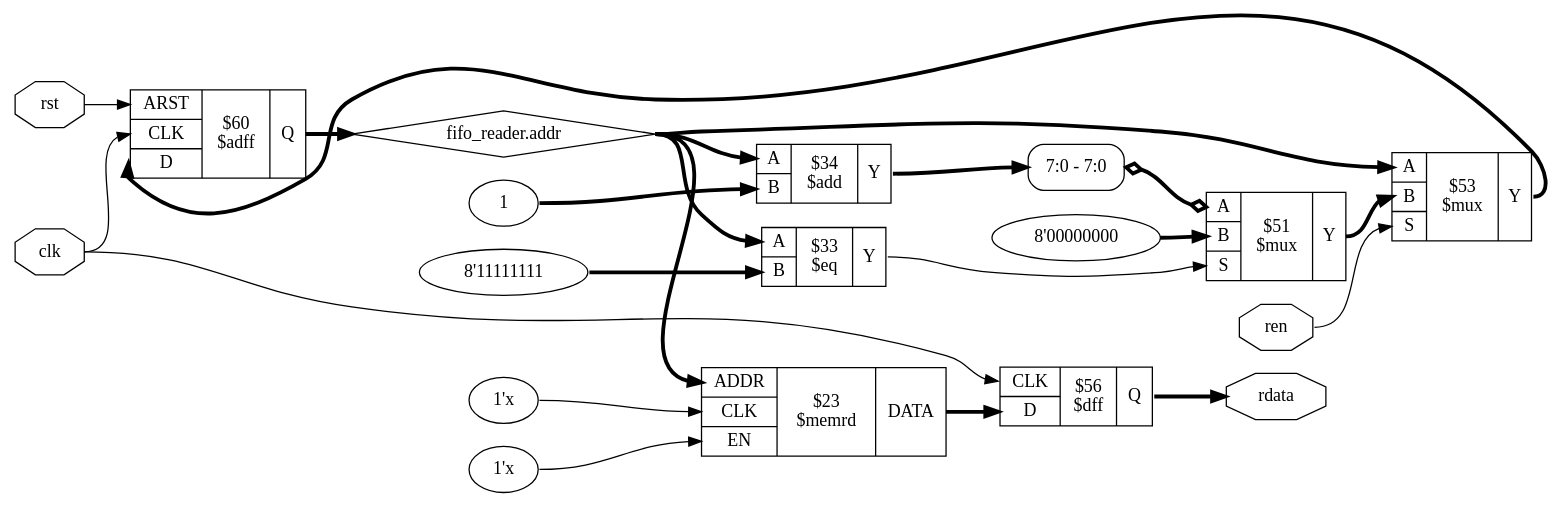
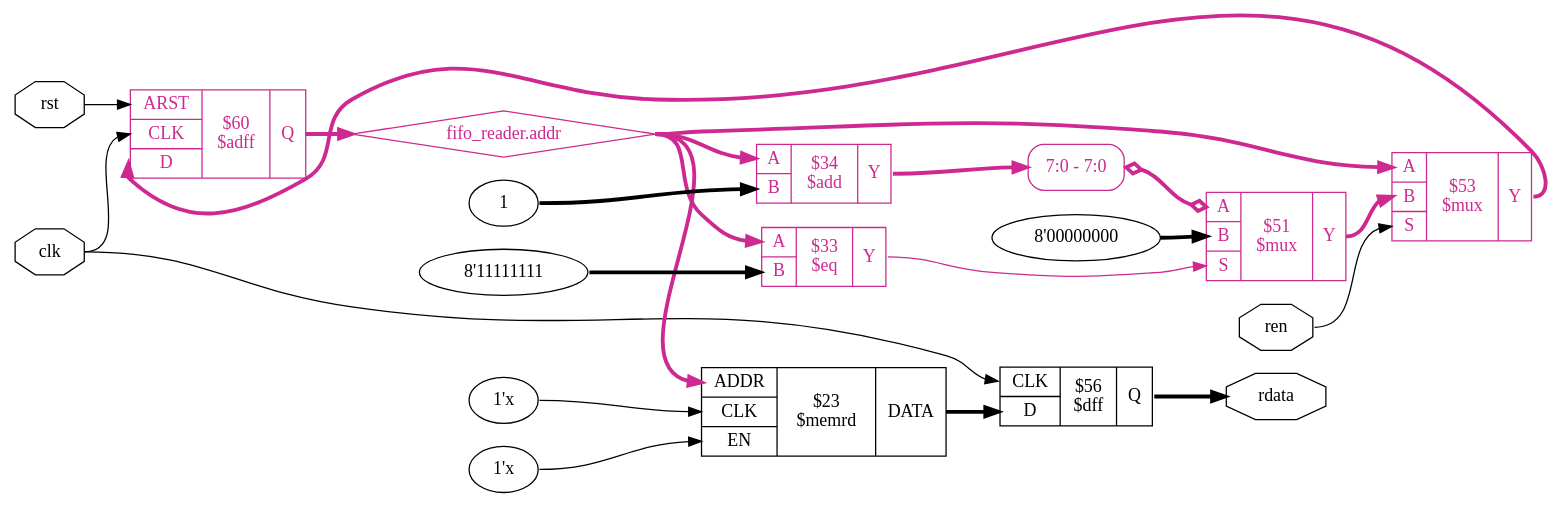
The diagram in source/_images/code_examples/fifo/rdata_flat.dot (YosysHQ-Docs/yosys-cmd-ref), drawn with Graphviz before and after one commit. The commit also changed 54 other files, not shown here.

```diff
--- a/source/_images/code_examples/fifo/rdata_flat.dot
+++ b/source/_images/code_examples/fifo/rdata_flat.dot
@@ -1,43 +1,43 @@
 digraph "fifo" {
 rankdir="LR";
 remincross=true;
 n6 [ shape=octagon, label="clk", color="black", fontcolor="black" ];
-n7 [ shape=diamond, label="fifo_reader.addr", color="black", fontcolor="black" ];
+n7 [ shape=diamond, label="fifo_reader.addr", color="maroon3", fontcolor="maroon3" ];
 n8 [ shape=octagon, label="rdata", color="black", fontcolor="black" ];
 n9 [ shape=octagon, label="ren", color="black", fontcolor="black" ];
 n10 [ shape=octagon, label="rst", color="black", fontcolor="black" ];
 v0 [ label="1" ];
-c14 [ shape=record, label="{{<p11> A|<p12> B}|$34\n$add|{<p13> Y}}",  ];
+c14 [ shape=record, label="{{<p11> A|<p12> B}|$34\n$add|{<p13> Y}}", color="maroon3", fontcolor="maroon3" ];
 v1 [ label="8'11111111" ];
-c15 [ shape=record, label="{{<p11> A|<p12> B}|$33\n$eq|{<p13> Y}}",  ];
-c20 [ shape=record, label="{{<p16> ARST|<p17> CLK|<p18> D}|$60\n$adff|{<p19> Q}}",  ];
+c15 [ shape=record, label="{{<p11> A|<p12> B}|$33\n$eq|{<p13> Y}}", color="maroon3", fontcolor="maroon3" ];
+c20 [ shape=record, label="{{<p16> ARST|<p17> CLK|<p18> D}|$60\n$adff|{<p19> Q}}", color="maroon3", fontcolor="maroon3" ];
 v3 [ label="8'00000000" ];
-c22 [ shape=record, label="{{<p11> A|<p12> B|<p21> S}|$51\n$mux|{<p13> Y}}",  ];
-x2 [ shape=record, style=rounded, label="<s0> 7:0 - 7:0 ", color="black", fontcolor="black" ];
-x2:e -> c22:p11:w [arrowhead=odiamond, arrowtail=odiamond, dir=both, color="black", fontcolor="black", style="setlinewidth(3)", label=""];
-c23 [ shape=record, label="{{<p11> A|<p12> B|<p21> S}|$53\n$mux|{<p13> Y}}",  ];
+c22 [ shape=record, label="{{<p11> A|<p12> B|<p21> S}|$51\n$mux|{<p13> Y}}", color="maroon3", fontcolor="maroon3" ];
+x2 [ shape=record, style=rounded, label="<s0> 7:0 - 7:0 ", color="maroon3", fontcolor="maroon3" ];
+x2:e -> c22:p11:w [arrowhead=odiamond, arrowtail=odiamond, dir=both, color="maroon3", fontcolor="maroon3", style="setlinewidth(3)", label=""];
+c23 [ shape=record, label="{{<p11> A|<p12> B|<p21> S}|$53\n$mux|{<p13> Y}}", color="maroon3", fontcolor="maroon3" ];
 v4 [ label="1'x" ];
 v5 [ label="1'x" ];
 c27 [ shape=record, label="{{<p24> ADDR|<p17> CLK|<p25> EN}|$23\n$memrd|{<p26> DATA}}",  ];
 c28 [ shape=record, label="{{<p17> CLK|<p18> D}|$56\n$dff|{<p19> Q}}",  ];
 c27:p26:e -> c28:p18:w [color="black", fontcolor="black", style="setlinewidth(3)", label=""];
 n10:e -> c20:p16:w [color="black", fontcolor="black", label=""];
-c23:p13:e -> c20:p18:w [color="black", fontcolor="black", style="setlinewidth(3)", label=""];
-c14:p13:e -> x2:s0:w [color="black", fontcolor="black", style="setlinewidth(3)", label=""];
-c15:p13:e -> c22:p21:w [color="black", fontcolor="black", label=""];
-c22:p13:e -> c23:p12:w [color="black", fontcolor="black", style="setlinewidth(3)", label=""];
+c23:p13:e -> c20:p18:w [color="maroon3", fontcolor="maroon3", style="setlinewidth(3)", label=""];
+c14:p13:e -> x2:s0:w [color="maroon3", fontcolor="maroon3", style="setlinewidth(3)", label=""];
+c15:p13:e -> c22:p21:w [color="maroon3", fontcolor="maroon3", label=""];
+c22:p13:e -> c23:p12:w [color="maroon3", fontcolor="maroon3", style="setlinewidth(3)", label=""];
 n6:e -> c20:p17:w [color="black", fontcolor="black", label=""];
 n6:e -> c28:p17:w [color="black", fontcolor="black", label=""];
-c20:p19:e -> n7:w [color="black", fontcolor="black", style="setlinewidth(3)", label=""];
-n7:e -> c14:p11:w [color="black", fontcolor="black", style="setlinewidth(3)", label=""];
-n7:e -> c15:p11:w [color="black", fontcolor="black", style="setlinewidth(3)", label=""];
-n7:e -> c23:p11:w [color="black", fontcolor="black", style="setlinewidth(3)", label=""];
-n7:e -> c27:p24:w [color="black", fontcolor="black", style="setlinewidth(3)", label=""];
+c20:p19:e -> n7:w [color="maroon3", fontcolor="maroon3", style="setlinewidth(3)", label=""];
+n7:e -> c14:p11:w [color="maroon3", fontcolor="maroon3", style="setlinewidth(3)", label=""];
+n7:e -> c15:p11:w [color="maroon3", fontcolor="maroon3", style="setlinewidth(3)", label=""];
+n7:e -> c23:p11:w [color="maroon3", fontcolor="maroon3", style="setlinewidth(3)", label=""];
+n7:e -> c27:p24:w [color="maroon3", fontcolor="maroon3", style="setlinewidth(3)", label=""];
 c28:p19:e -> n8:w [color="black", fontcolor="black", style="setlinewidth(3)", label=""];
 n9:e -> c23:p21:w [color="black", fontcolor="black", label=""];
 v0:e -> c14:p12:w [color="black", fontcolor="black", style="setlinewidth(3)", label=""];
 v1:e -> c15:p12:w [color="black", fontcolor="black", style="setlinewidth(3)", label=""];
 v3:e -> c22:p12:w [color="black", fontcolor="black", style="setlinewidth(3)", label=""];
 v4:e -> c27:p17:w [color="black", fontcolor="black", label=""];
 v5:e -> c27:p25:w [color="black", fontcolor="black", label=""];
 }
```
